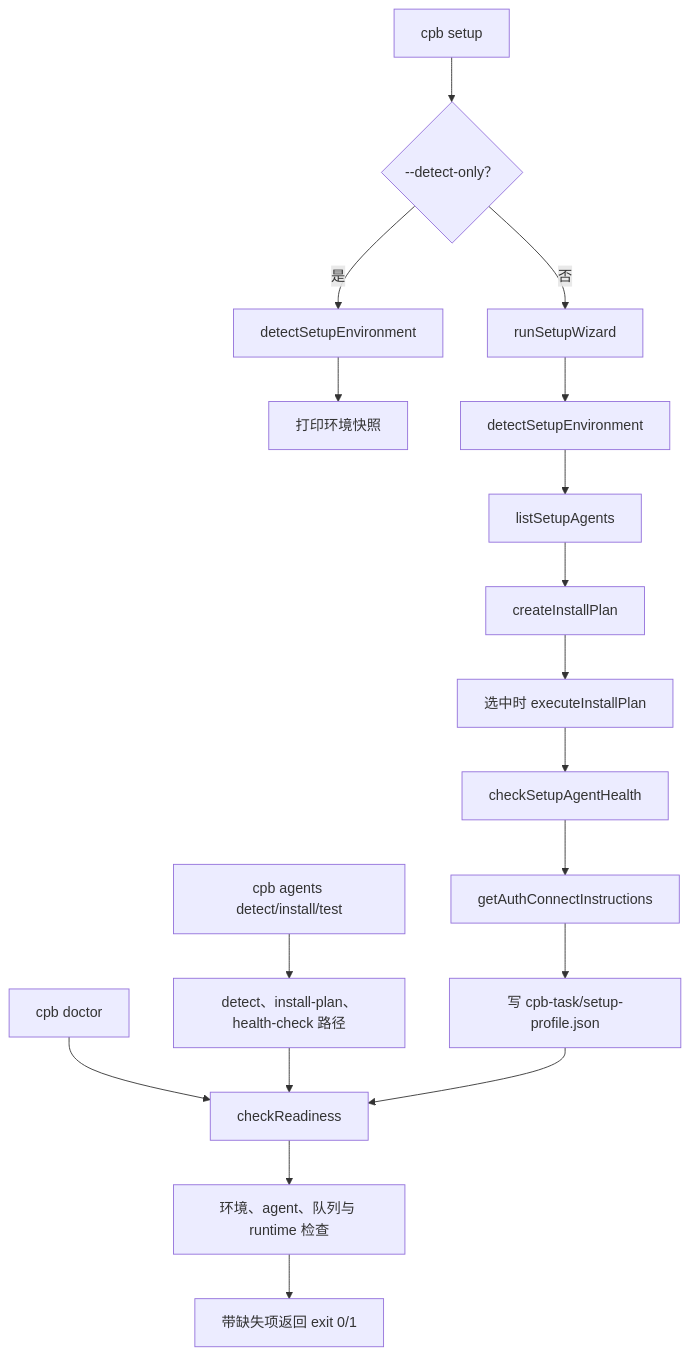
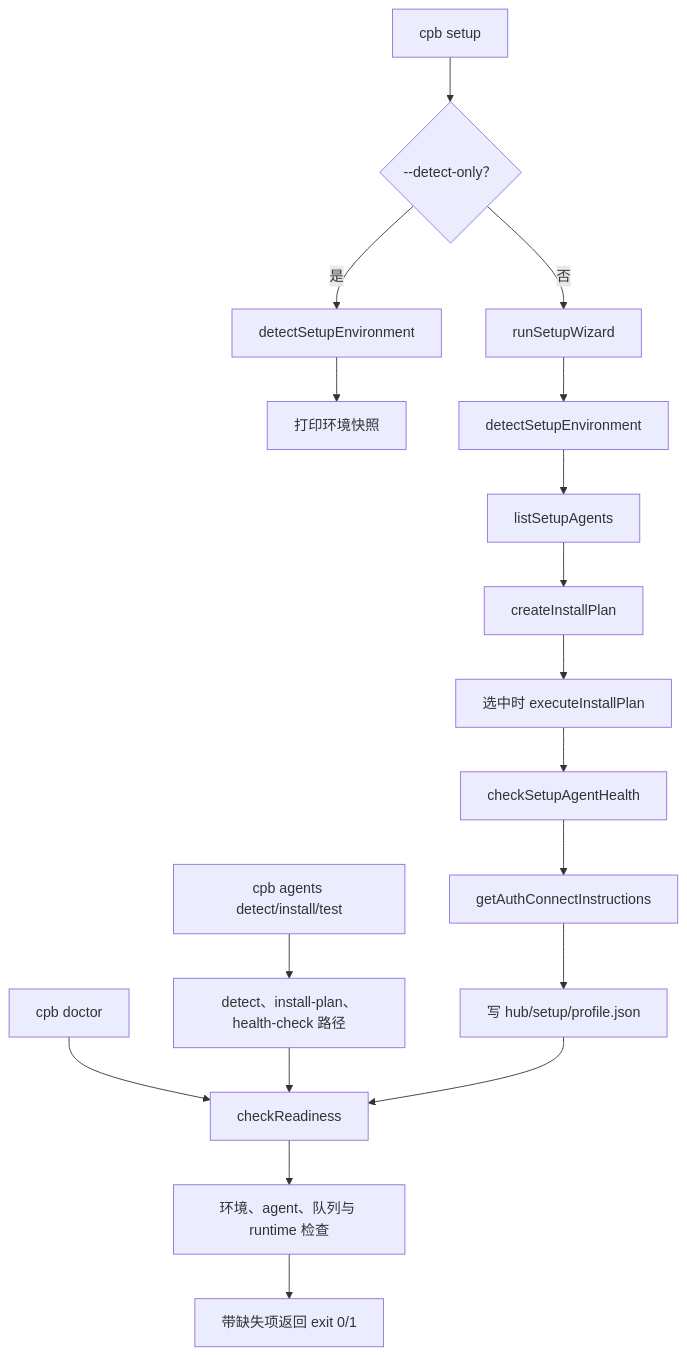
Before and after one commit to changw98ic/codepatchbay: diagram 19 of 21 in docs/architecture/unit-flowcharts.md, drawn with Mermaid. The commit also changed other lines of this file and 169 other files, not shown here.

````diff
--- a/docs/architecture/unit-flowcharts.md
+++ b/docs/architecture/unit-flowcharts.md
@@ -695,22 +694,22 @@
 ```mermaid
 flowchart TD
   A["cpb setup"] --> B{"--detect-only？"}
   B -->|"是"| C["detectSetupEnvironment"]
   C --> D["打印环境快照"]
   B -->|"否"| E["runSetupWizard"]
   E --> F["detectSetupEnvironment"]
   F --> G["listSetupAgents"]
   G --> H["createInstallPlan"]
   H --> I["选中时 executeInstallPlan"]
   I --> J["checkSetupAgentHealth"]
   J --> K["getAuthConnectInstructions"]
-  K --> L["写 cpb-task/setup-profile.json"]
+  K --> L["写 hub/setup/profile.json"]
 
   M["cpb doctor"] --> N["checkReadiness"]
   N --> O["环境、agent、队列与 runtime 检查"]
   O --> P["带缺失项返回 exit 0/1"]
 
   Q["cpb agents detect/install/test"] --> R["detect、install-plan、health-check 路径"]
   R --> N
   L --> N
 ```
````
